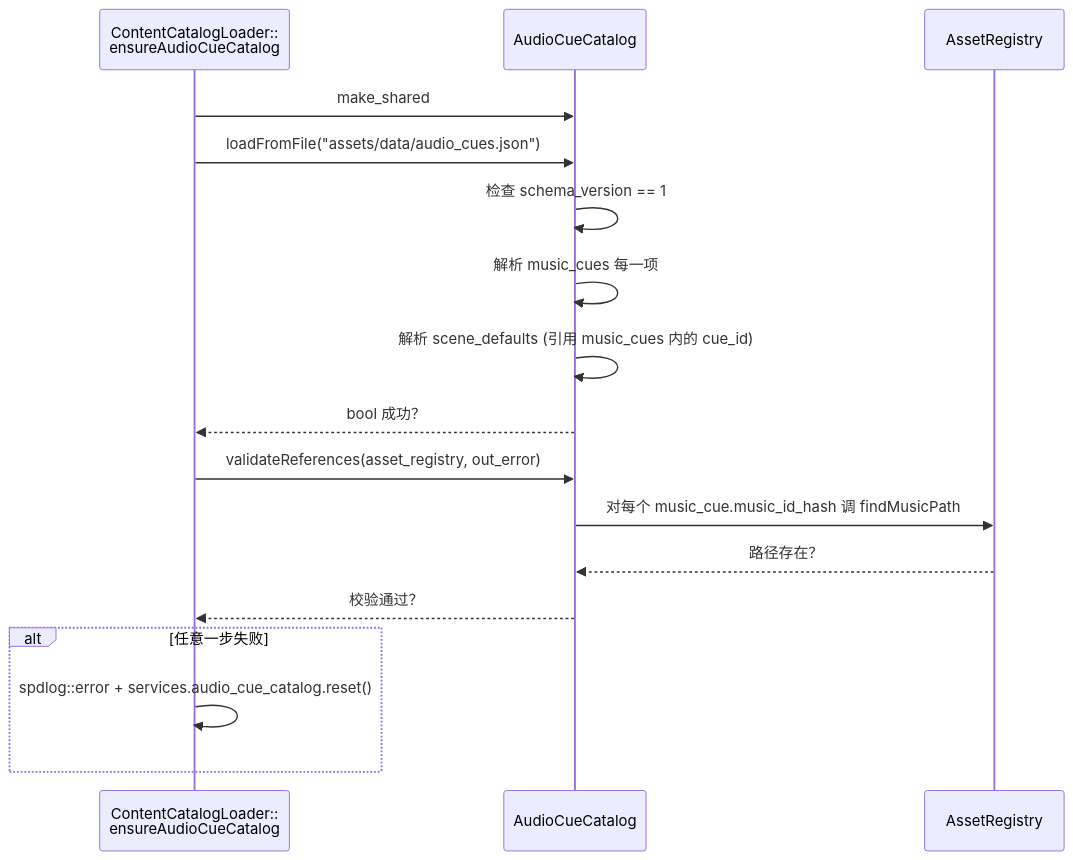
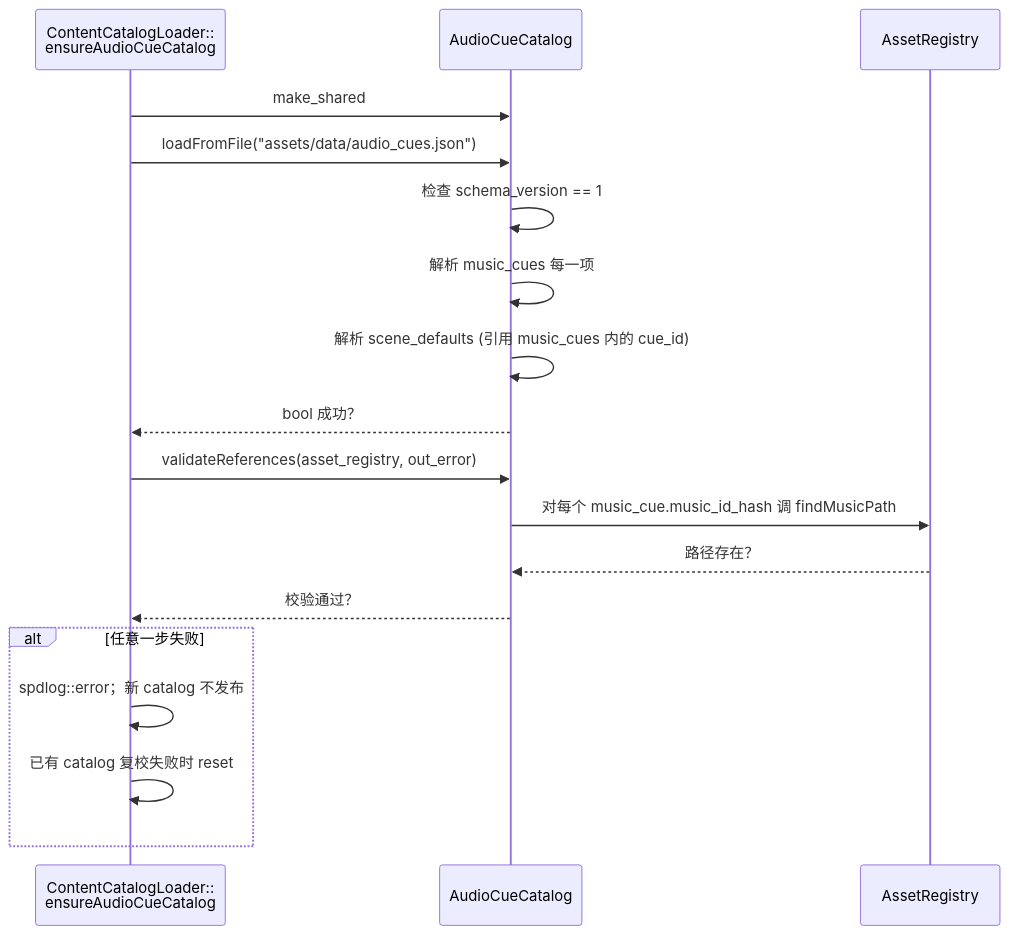
One commit to WispSnow/TinyFarmRPG changed the second of 4 diagrams in docs/game/audio_cue_catalog.md. Above: the diagram before and after it, drawn with Mermaid. The commit also changed other lines of this file and 20 other files, not shown here.

````diff
--- a/docs/game/audio_cue_catalog.md
+++ b/docs/game/audio_cue_catalog.md
@@ -107,20 +107,21 @@
 ```mermaid
 sequenceDiagram
     participant CL as ContentCatalogLoader::<br/>ensureAudioCueCatalog
     participant CAT as AudioCueCatalog
     participant AR as AssetRegistry
 
     CL->>CAT: make_shared
     CL->>CAT: loadFromFile("assets/data/audio_cues.json")
     CAT->>CAT: 检查 schema_version == 1
     CAT->>CAT: 解析 music_cues 每一项
     CAT->>CAT: 解析 scene_defaults (引用 music_cues 内的 cue_id)
     CAT-->>CL: bool 成功？
     CL->>CAT: validateReferences(asset_registry, out_error)
     CAT->>AR: 对每个 music_cue.music_id_hash 调 findMusicPath
     AR-->>CAT: 路径存在？
     CAT-->>CL: 校验通过？
     alt 任意一步失败
-        CL->>CL: spdlog::error + services.audio_cue_catalog.reset()
+        CL->>CL: spdlog::error；新 catalog 不发布
+        CL->>CL: 已有 catalog 复校失败时 reset
     end
 ```
````
